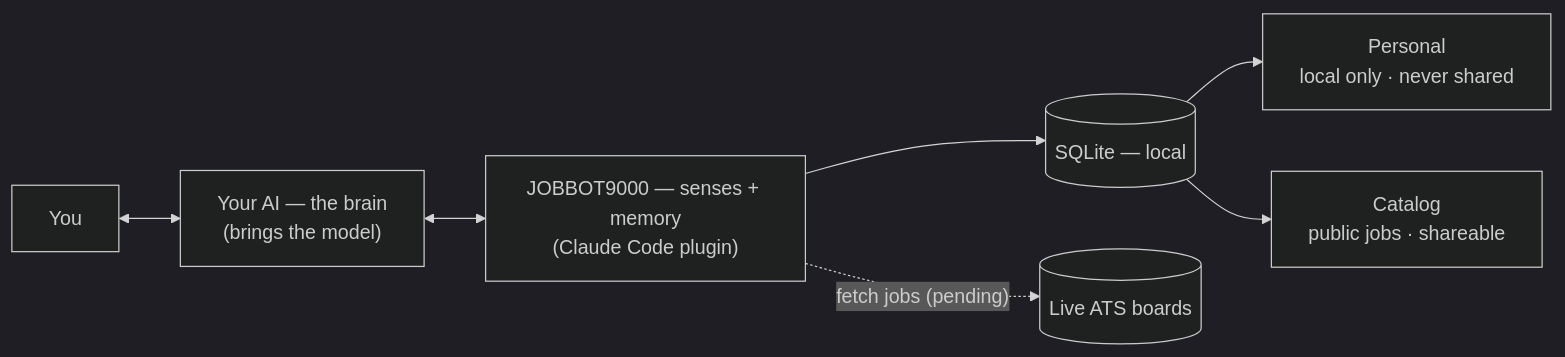
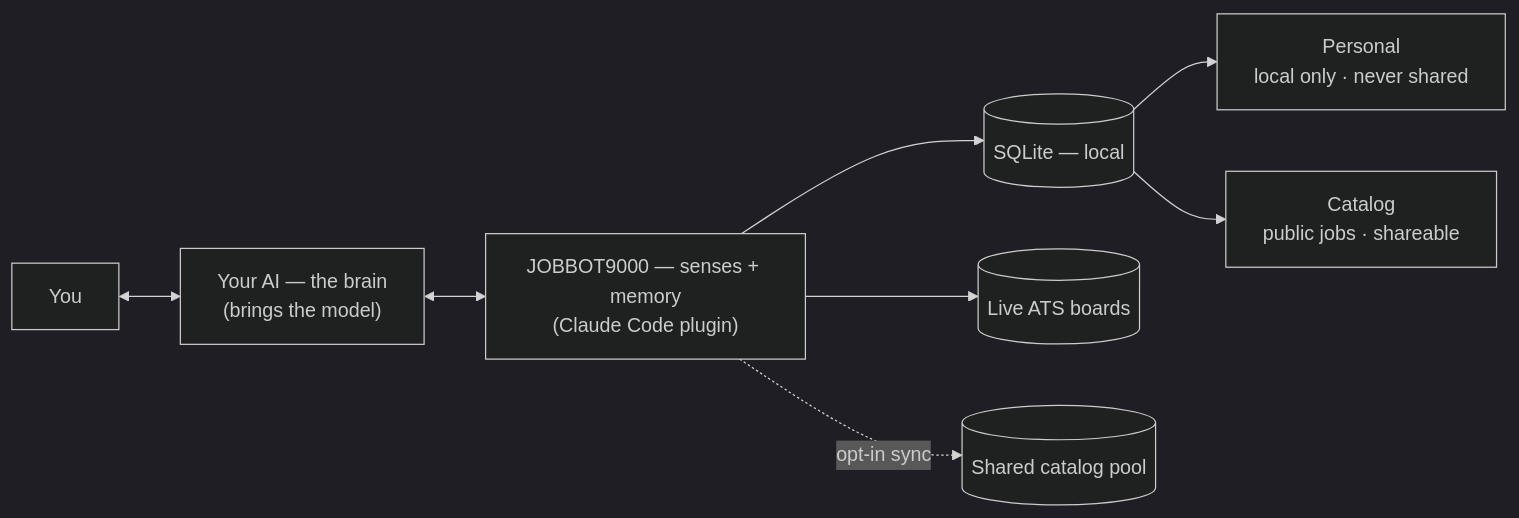
One commit to algorhythmic/jobbot9000 changed the first of 3 diagrams in README.md. Above: the diagram before and after it, drawn with Mermaid (dark theme). The commit also changed other lines of this file and 5 other files, not shown here.

First line of the commit message:
feat(gather): wire sync_catalog — opt-in public-catalog pool sync

````diff
--- a/README.md
+++ b/README.md
@@ -5,9 +5,10 @@
 ```mermaid
 flowchart LR
   You <--> AI["Your AI — the brain<br/>(brings the model)"]
   AI <--> JB["JOBBOT9000 — senses + memory<br/>(Claude Code plugin)"]
   JB --> DB[("SQLite — local")]
   DB --> P["Personal<br/>local only · never shared"]
   DB --> C["Catalog<br/>public jobs · shareable"]
-  JB -. "fetch jobs (pending)" .-> ATS[("Live ATS boards")]
+  JB --> ATS[("Live ATS boards")]
+  JB -. "opt-in sync" .-> POOL[("Shared catalog pool")]
 ```
````
